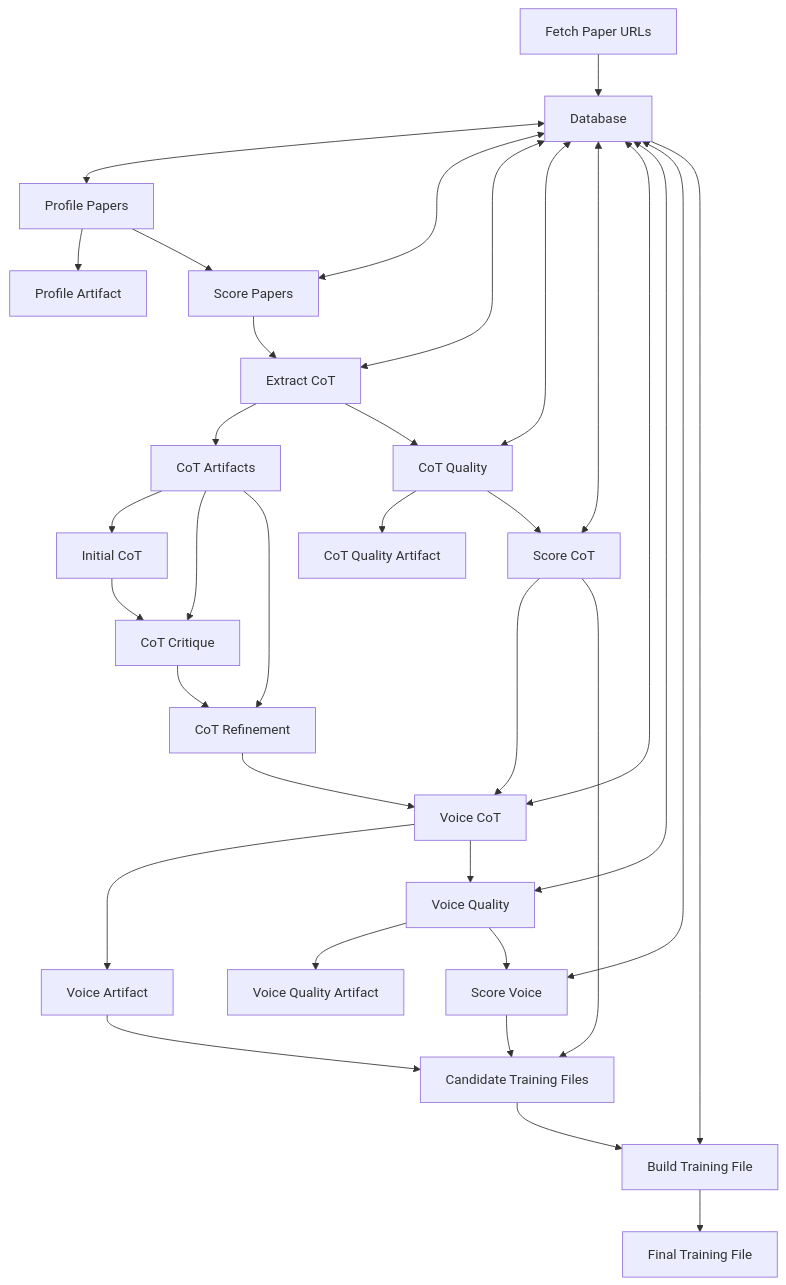
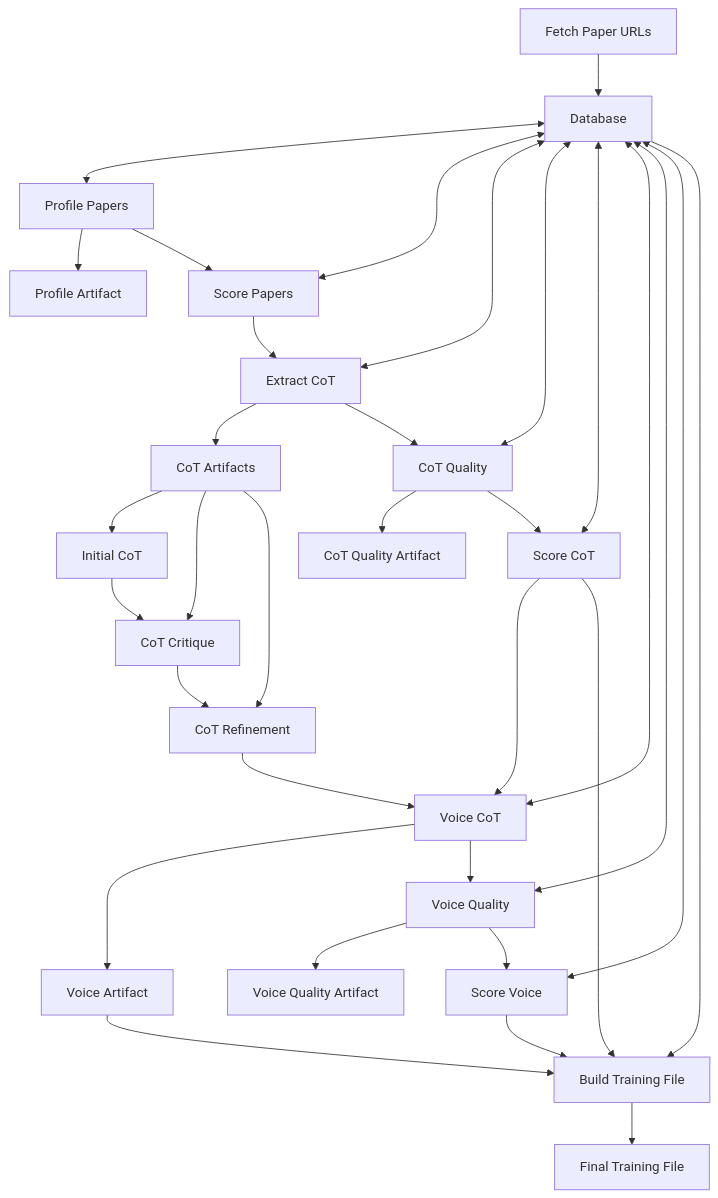
The diagram in misc/pipeline-diagram.mmd (thehunmonkgroup/raspberry-paper-to-cot-pipeline), drawn with Mermaid before and after one commit. The commit also changed 1 other file, not shown here.

Commit message:
tweaks to diagram

```diff
--- a/misc/pipeline-diagram.mmd
+++ b/misc/pipeline-diagram.mmd
@@ -1,34 +1,33 @@
 flowchart TD
-    A[Fetch Paper URLs] --> B[Database]
-    B <--> E[Profile Papers]
-    B <--> F[Score Papers]
-    B <--> G[Extract CoT]
-    B <--> H[CoT Quality]
-    B <--> I[Score CoT]
-    B <--> S[Voice CoT]
-    B <--> T[Voice Quality]
-    B <--> U[Score Voice]
-    B --> J[Build Training File]
-    E --> K[Profile Artifact]
-    G --> L[CoT Artifacts]
-    H --> M[CoT Quality Artifact]
-    S --> V[Voice Artifact]
-    T --> W[Voice Quality Artifact]
-    J --> N[Final Training File]
-    L --> O[Initial CoT]
-    L --> P[CoT Critique]
-    L --> Q[CoT Refinement]
-    V --> R[Candidate Training Files]
-    R --> J
-    E --> F
-    F --> G
-    G --> H
-    H --> I
-    I --> S
-    S --> T
-    T --> U
-    O --> P
-    P --> Q
-    I --> R
-    U --> R
-    Q --> S
+    FETCH[Fetch Paper URLs] --> DB[Database]
+    DB <--> PROFILE[Profile Papers]
+    DB <--> SCORE_P[Score Papers]
+    DB <--> EXTRACT[Extract CoT]
+    DB <--> COT_QUAL[CoT Quality]
+    DB <--> SCORE_C[Score CoT]
+    DB <--> VOICE_GEN[Voice CoT]
+    DB <--> VOICE_QUAL[Voice Quality]
+    DB <--> SCORE_V[Score Voice]
+    DB --> BUILD[Build Training File]
+    PROFILE --> PROF_ART[Profile Artifact]
+    EXTRACT --> COT_ART[CoT Artifacts]
+    COT_QUAL --> QUAL_ART[CoT Quality Artifact]
+    VOICE_GEN --> VOICE_ART[Voice Artifact]
+    VOICE_QUAL --> VQ_ART[Voice Quality Artifact]
+    BUILD --> TRAIN[Final Training File]
+    COT_ART --> INIT_COT[Initial CoT]
+    COT_ART --> COT_CRIT[CoT Critique]
+    COT_ART --> COT_REF[CoT Refinement]
+    PROFILE --> SCORE_P
+    SCORE_P --> EXTRACT
+    EXTRACT --> COT_QUAL
+    COT_QUAL --> SCORE_C
+    SCORE_C --> VOICE_GEN
+    VOICE_GEN --> VOICE_QUAL
+    VOICE_QUAL --> SCORE_V
+    INIT_COT --> COT_CRIT
+    COT_CRIT --> COT_REF
+    SCORE_C --> BUILD
+    SCORE_V --> BUILD
+    VOICE_ART --> BUILD
+    COT_REF --> VOICE_GEN
```
